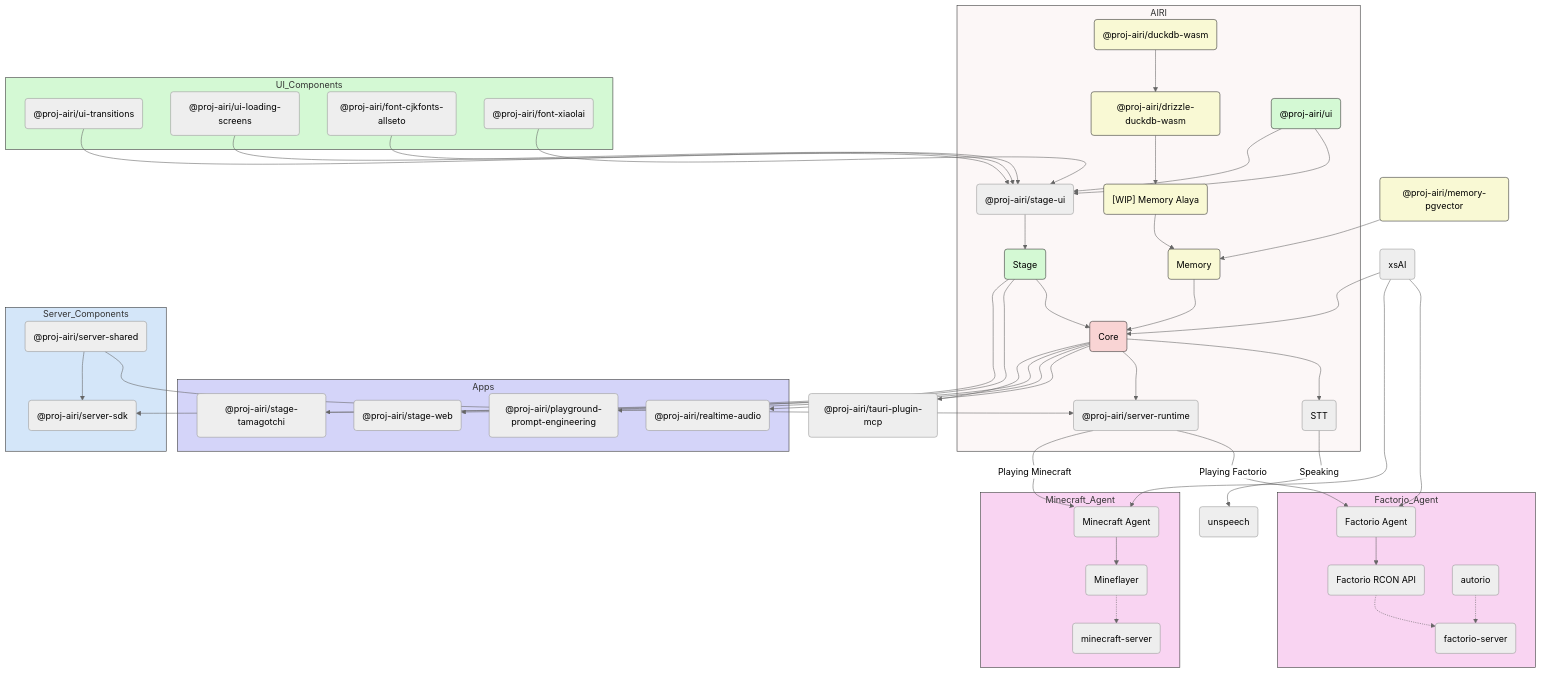
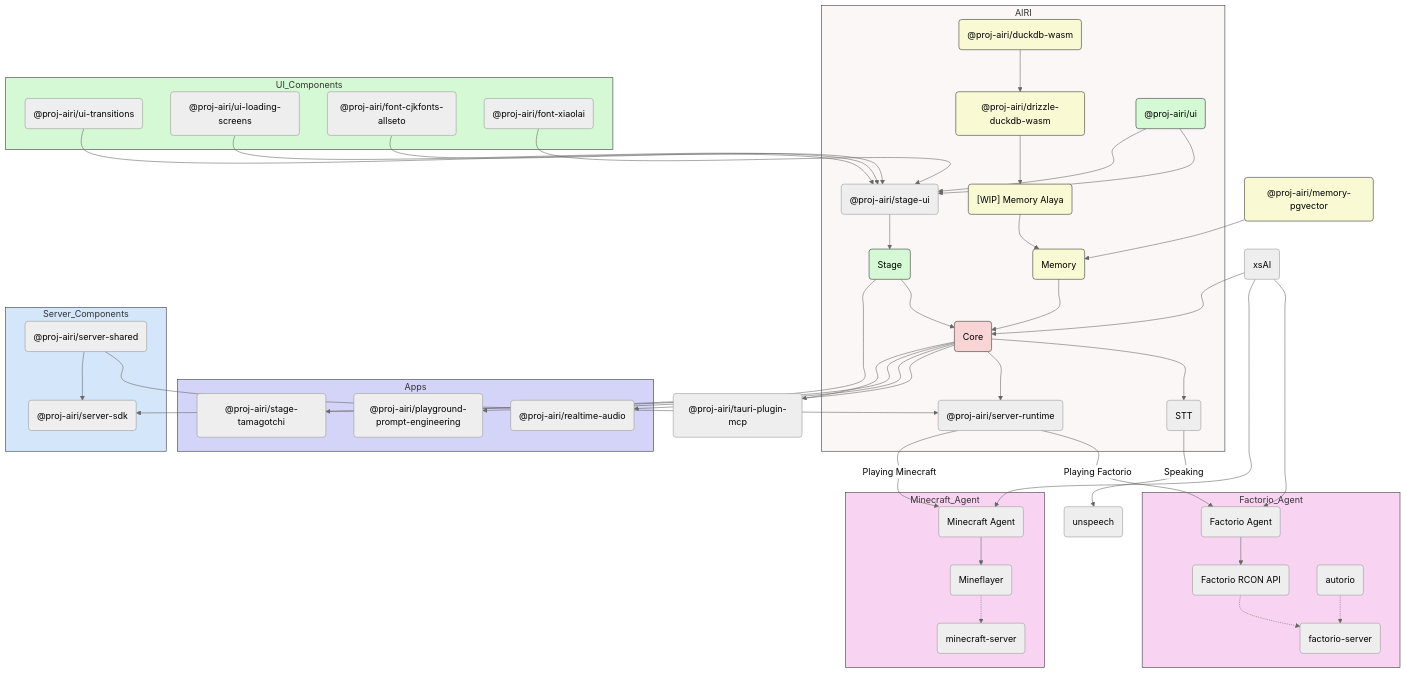
Before and after one commit to moeru-ai/airi: the diagram in docs/README.zh-CN.md, drawn with Mermaid (neutral theme). The commit also changed 154 other files, not shown here.

```diff
--- a/docs/README.zh-CN.md
+++ b/docs/README.zh-CN.md
@@ -229,7 +229,6 @@
   end
 
   subgraph Apps
-    Stage --> StageWeb("@proj-airi/stage-web")
     Stage --> StageTamagotchi("@proj-airi/stage-tamagotchi")
     Core --> RealtimeAudio("@proj-airi/realtime-audio")
     Core --> PromptEngineering("@proj-airi/playground-prompt-engineering")
```
